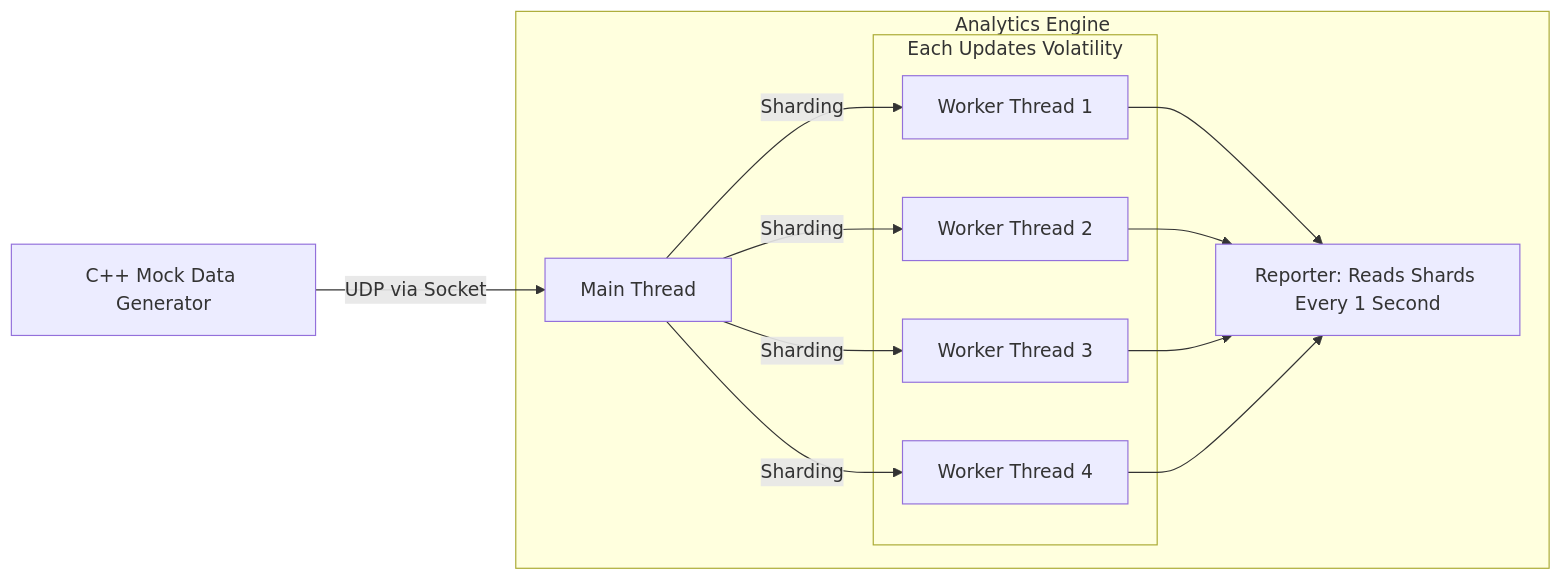
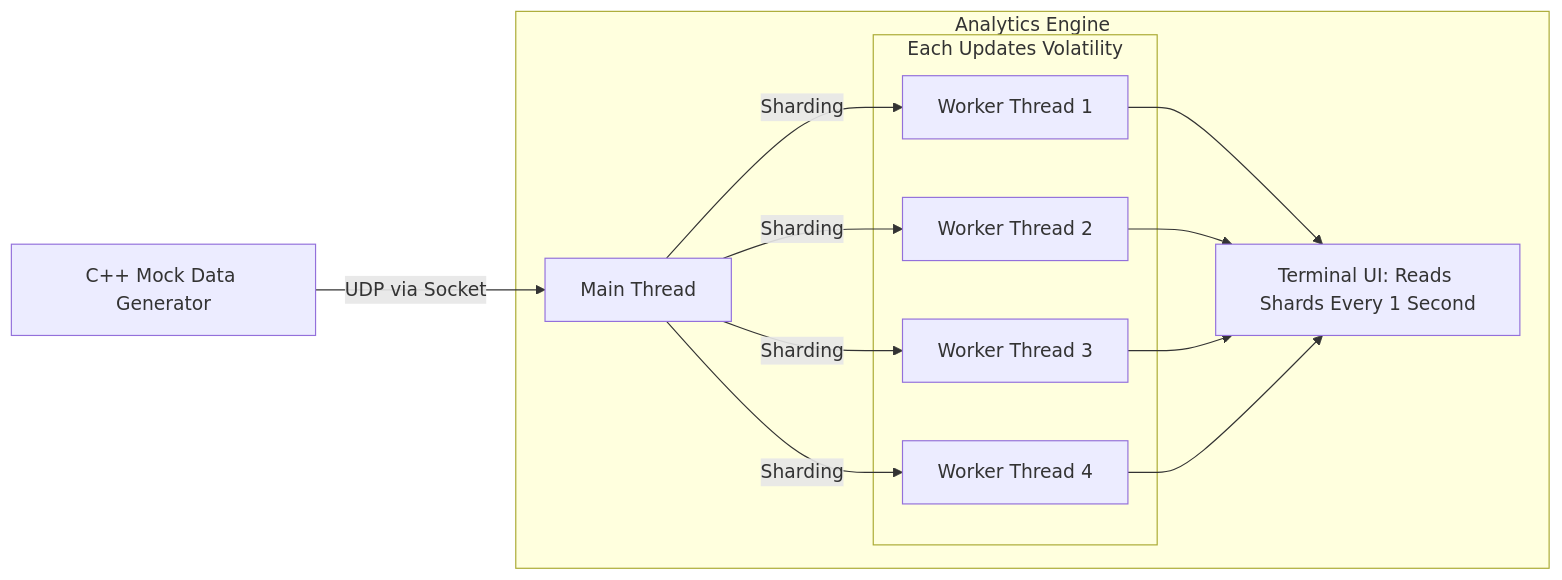
The diagram in README.md (WillSyd2023/udp-multithreading-cpp), drawn with Mermaid before and after one commit.

Commit message:
refactor: README

````diff
--- a/README.md
+++ b/README.md
@@ -8,21 +8,21 @@
 ```mermaid
 graph LR
     P[C++ Mock Data Generator] -- UDP via Socket --> I[Main Thread]
     subgraph "Analytics Engine"
         subgraph "Each Updates Volatility"
             W1[Worker Thread 1]
             W2[Worker Thread 2]
             W3[Worker Thread 3]
             W4[Worker Thread 4]
         end
         I -- Sharding --> W1
         I -- Sharding --> W2
         I -- Sharding --> W3
         I -- Sharding --> W4
-        R[Reporter: Reads Shards Every 1 Second]
+        R[Terminal UI: Reads Shards Every 1 Second]
         W1 --> R
         W2 --> R
         W3 --> R
         W4 --> R
     end
 ```
````
